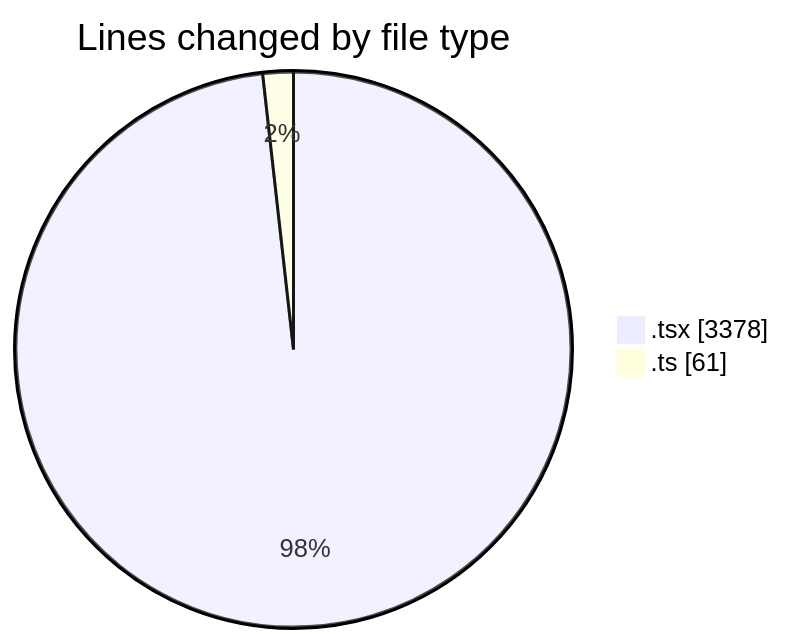
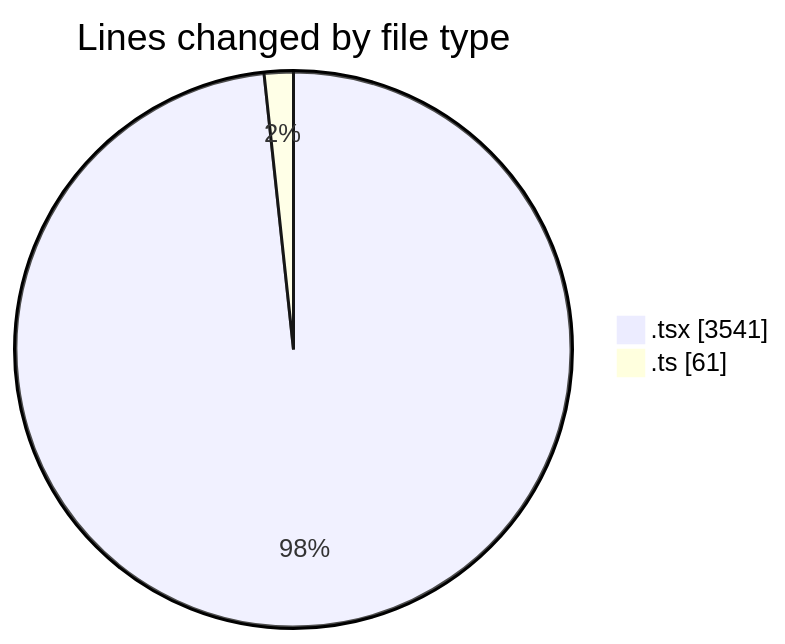
One commit to julien-gomy/code-tracking changed the first of 2 diagrams in 2025-11-18/eventscop-frontend-guide__workspace_/README.md. Above: the diagram before and after it, drawn with Mermaid. The commit also changed other lines of this file and 1 other file, not shown here.

````diff
--- a/2025-11-18/eventscop-frontend-guide__workspace_/README.md
+++ b/2025-11-18/eventscop-frontend-guide__workspace_/README.md
@@ -43,6 +44,6 @@
 ```mermaid
 pie showData
 title Lines changed by file type
-".tsx" : 3378
+".tsx" : 3541
 ".ts" : 61
 ```
````
